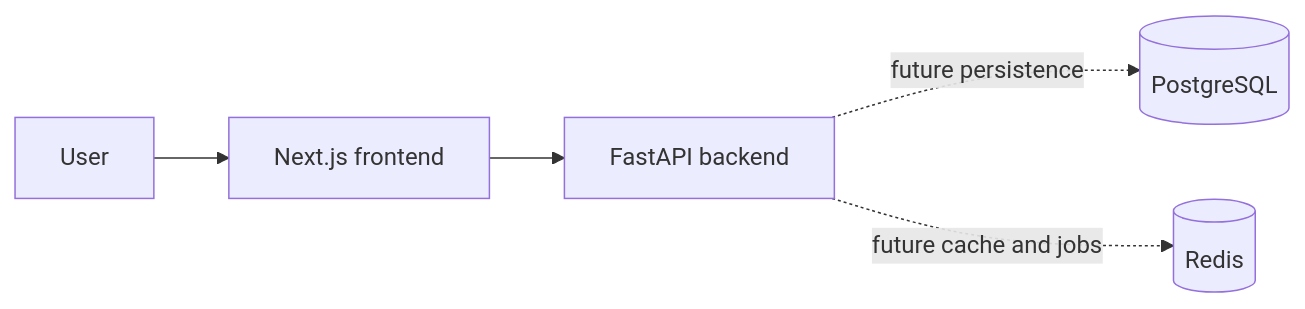
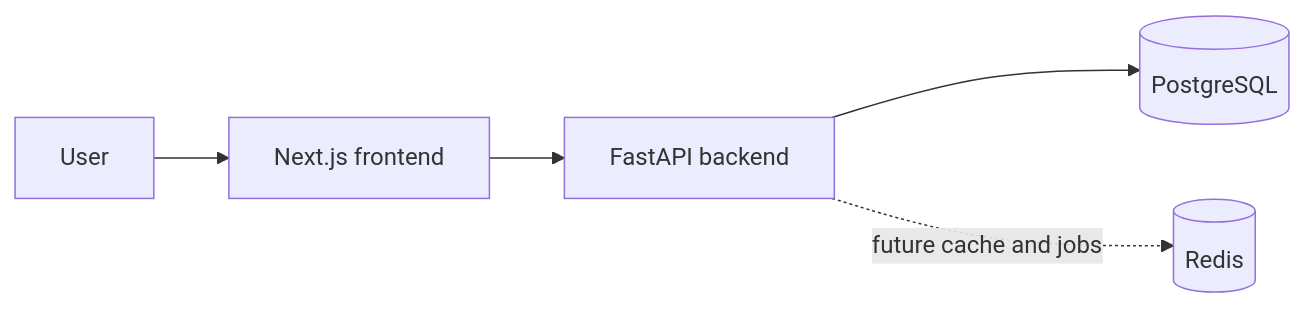
Before and after one commit to bhavyabafnaa/ai-visibility-analyzer: the diagram in docs/architecture.md, drawn with Mermaid. The commit also changed other lines of this file and 7 other files, not shown here.

Commit message:
feat(api): add project APIs and PostgreSQL persistence

````diff
--- a/docs/architecture.md
+++ b/docs/architecture.md
@@ -11,7 +11,7 @@
 ```mermaid
 flowchart LR
     User[User] --> Web[Next.js frontend]
     Web --> API[FastAPI backend]
-    API -. future persistence .-> DB[(PostgreSQL)]
+    API --> DB[(PostgreSQL)]
     API -. future cache and jobs .-> Cache[(Redis)]
 ```
````
